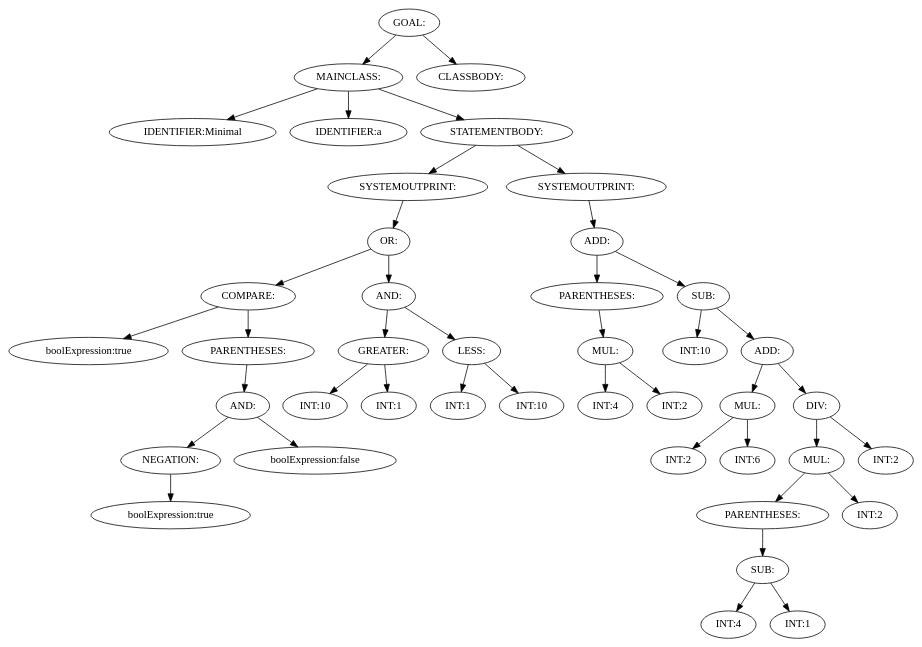
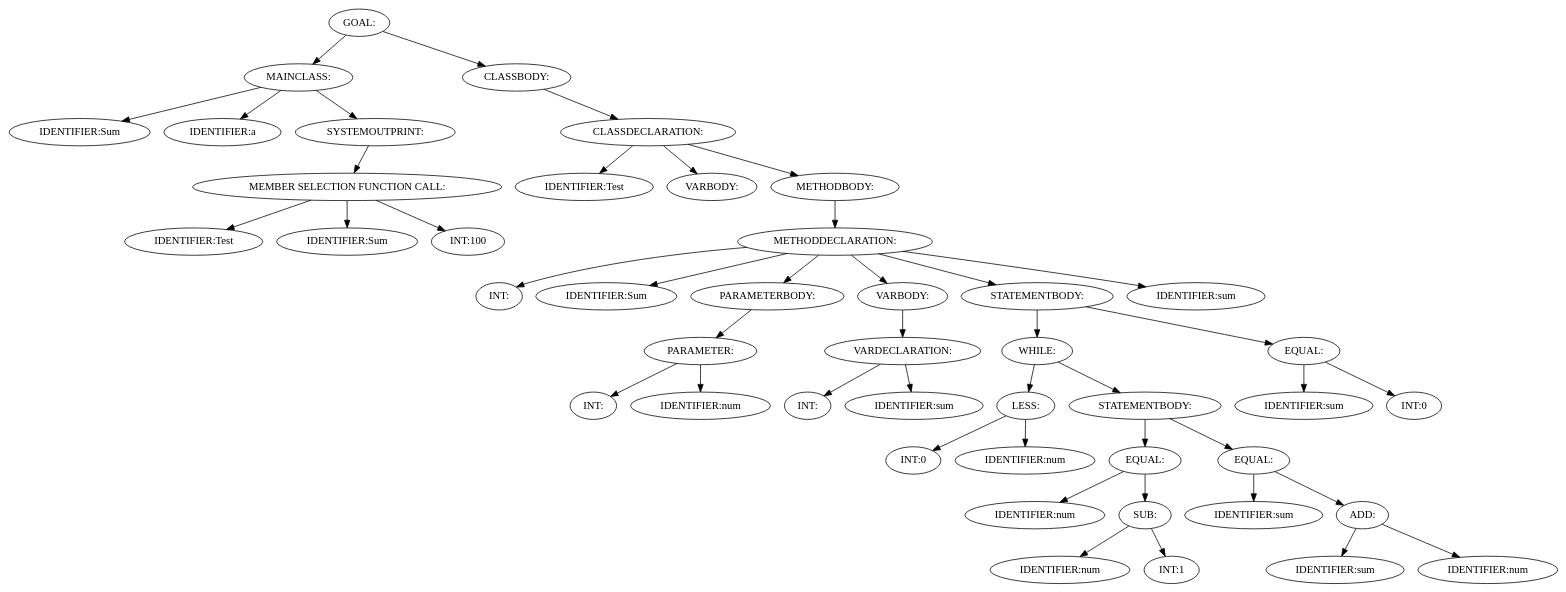
Before and after one commit to DahVoid/DV1655: the diagram in assignment_3/tree.dot, drawn with Graphviz. The commit also changed 5 other files, not shown here.

Commit message:
MEMBER SELECTION FUNCTION CALL

```diff
--- a/assignment_3/tree.dot
+++ b/assignment_3/tree.dot
@@ -1,85 +1,91 @@
 digraph {
 n0 [label="GOAL:"];
 n1 [label="MAINCLASS:"];
-n2 [label="IDENTIFIER:Minimal"];
+n2 [label="IDENTIFIER:Sum"];
 n1 -> n2
 n3 [label="IDENTIFIER:a"];
 n1 -> n3
-n4 [label="STATEMENTBODY:"];
-n5 [label="SYSTEMOUTPRINT:"];
-n6 [label="OR:"];
-n7 [label="COMPARE:"];
-n8 [label="boolExpression:true"];
-n7 -> n8
-n9 [label="PARENTHESES:"];
-n10 [label="AND:"];
-n11 [label="NEGATION:"];
-n12 [label="boolExpression:true"];
-n11 -> n12
+n4 [label="SYSTEMOUTPRINT:"];
+n5 [label="MEMBER SELECTION FUNCTION CALL:"];
+n6 [label="IDENTIFIER:Test"];
+n5 -> n6
+n7 [label="IDENTIFIER:Sum"];
+n5 -> n7
+n8 [label="INT:100"];
+n5 -> n8
+n4 -> n5
+n1 -> n4
+n0 -> n1
+n9 [label="CLASSBODY:"];
+n10 [label="CLASSDECLARATION:"];
+n11 [label="IDENTIFIER:Test"];
 n10 -> n11
-n13 [label="boolExpression:false"];
+n12 [label="VARBODY:"];
+n10 -> n12
+n13 [label="METHODBODY:"];
+n14 [label="METHODDECLARATION:"];
+n15 [label="INT:"];
+n14 -> n15
+n16 [label="IDENTIFIER:Sum"];
+n14 -> n16
+n17 [label="PARAMETERBODY:"];
+n18 [label="PARAMETER:"];
+n19 [label="INT:"];
+n18 -> n19
+n20 [label="IDENTIFIER:num"];
+n18 -> n20
+n17 -> n18
+n14 -> n17
+n21 [label="VARBODY:"];
+n22 [label="VARDECLARATION:"];
+n23 [label="INT:"];
+n22 -> n23
+n24 [label="IDENTIFIER:sum"];
+n22 -> n24
+n21 -> n22
+n14 -> n21
+n25 [label="STATEMENTBODY:"];
+n26 [label="WHILE:"];
+n27 [label="LESS:"];
+n28 [label="INT:0"];
+n27 -> n28
+n29 [label="IDENTIFIER:num"];
+n27 -> n29
+n26 -> n27
+n30 [label="STATEMENTBODY:"];
+n31 [label="EQUAL:"];
+n32 [label="IDENTIFIER:num"];
+n31 -> n32
+n33 [label="SUB:"];
+n34 [label="IDENTIFIER:num"];
+n33 -> n34
+n35 [label="INT:1"];
+n33 -> n35
+n31 -> n33
+n30 -> n31
+n36 [label="EQUAL:"];
+n37 [label="IDENTIFIER:sum"];
+n36 -> n37
+n38 [label="ADD:"];
+n39 [label="IDENTIFIER:sum"];
+n38 -> n39
+n40 [label="IDENTIFIER:num"];
+n38 -> n40
+n36 -> n38
+n30 -> n36
+n26 -> n30
+n25 -> n26
+n41 [label="EQUAL:"];
+n42 [label="IDENTIFIER:sum"];
+n41 -> n42
+n43 [label="INT:0"];
+n41 -> n43
+n25 -> n41
+n14 -> n25
+n44 [label="IDENTIFIER:sum"];
+n14 -> n44
+n13 -> n14
 n10 -> n13
 n9 -> n10
-n7 -> n9
-n6 -> n7
-n14 [label="AND:"];
-n15 [label="GREATER:"];
-n16 [label="INT:10"];
-n15 -> n16
-n17 [label="INT:1"];
-n15 -> n17
-n14 -> n15
-n18 [label="LESS:"];
-n19 [label="INT:1"];
-n18 -> n19
-n20 [label="INT:10"];
-n18 -> n20
-n14 -> n18
-n6 -> n14
-n5 -> n6
-n4 -> n5
-n21 [label="SYSTEMOUTPRINT:"];
-n22 [label="ADD:"];
-n23 [label="PARENTHESES:"];
-n24 [label="MUL:"];
-n25 [label="INT:4"];
-n24 -> n25
-n26 [label="INT:2"];
-n24 -> n26
-n23 -> n24
-n22 -> n23
-n27 [label="SUB:"];
-n28 [label="INT:10"];
-n27 -> n28
-n29 [label="ADD:"];
-n30 [label="MUL:"];
-n31 [label="INT:2"];
-n30 -> n31
-n32 [label="INT:6"];
-n30 -> n32
-n29 -> n30
-n33 [label="DIV:"];
-n34 [label="MUL:"];
-n35 [label="PARENTHESES:"];
-n36 [label="SUB:"];
-n37 [label="INT:4"];
-n36 -> n37
-n38 [label="INT:1"];
-n36 -> n38
-n35 -> n36
-n34 -> n35
-n39 [label="INT:2"];
-n34 -> n39
-n33 -> n34
-n40 [label="INT:2"];
-n33 -> n40
-n29 -> n33
-n27 -> n29
-n22 -> n27
-n21 -> n22
-n4 -> n21
-n1 -> n4
-n0 -> n1
-n41 [label="CLASSBODY:"];
-n0 -> n41
+n0 -> n9
 }
```
